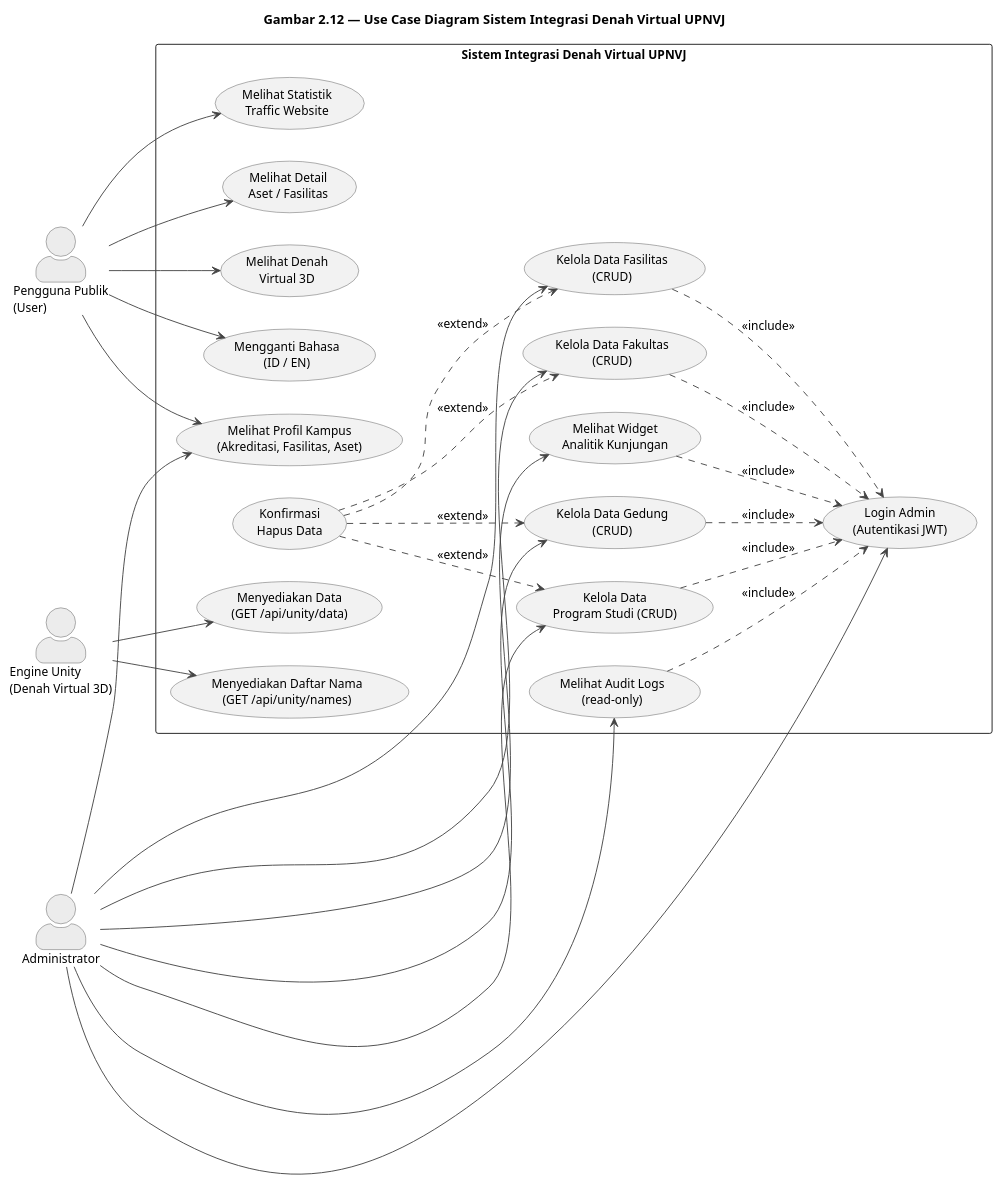
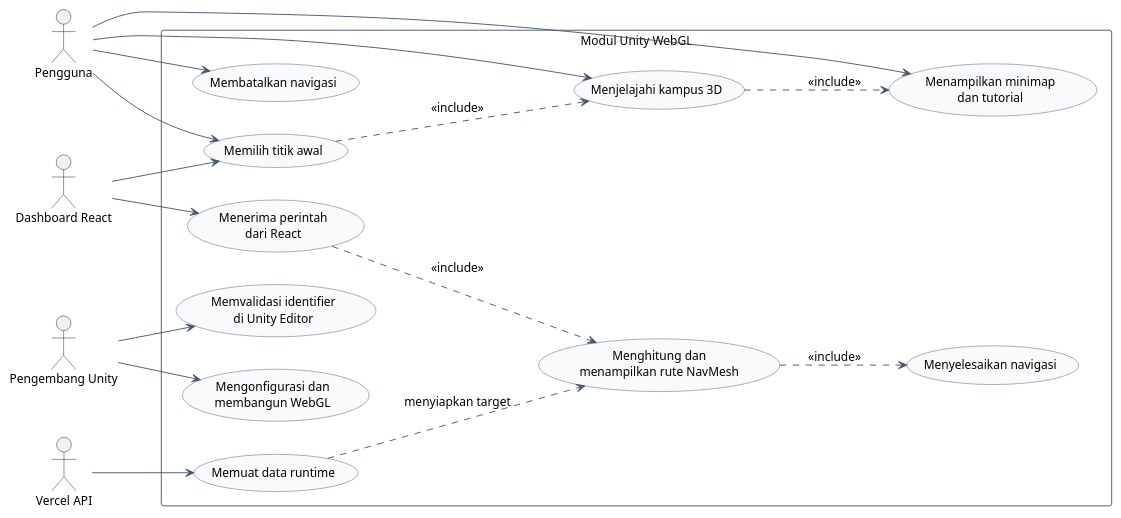
Before and after one commit to Jokskuyy/workflow-ta-proyek: the diagram in diagrams/gambar-2.12-use-case-diagram.puml, drawn with PlantUML. The commit also changed 76 other files, not shown here.

Commit message:
feat(report): finalisasi UML dan tipografi laporan Faiz

```diff
--- a/diagrams/gambar-2.12-use-case-diagram.puml
+++ b/diagrams/gambar-2.12-use-case-diagram.puml
@@ -1,88 +1,56 @@
-@startuml gambar-2-12-use-case-diagram
-' Gambar 2.12 - Use Case Diagram
-' Sumber: BAB II - 2.2.1 Kebutuhan Fungsional & 2.3.3 Use Case
-
-skinparam backgroundColor #FFFFFF
+@startuml
+skinparam defaultFontName "Times New Roman"
+skinparam defaultFontSize 13
 skinparam shadowing false
-skinparam defaultFontName "Segoe UI"
-skinparam defaultFontSize 13
-skinparam ArrowColor #444444
-skinparam actorStyle awesome
+skinparam ArrowColor #475569
+skinparam actor {
+  FontName "Times New Roman"
+  FontStyle plain
+}
 skinparam usecase {
-  BackgroundColor #F2F2F2
-  BorderColor #555555
-  ArrowColor #444444
+  FontName "Times New Roman"
+  FontStyle plain
+  BackgroundColor #F8FAFC
+  BorderColor #475569
 }
-skinparam actor {
-  BackgroundColor #ECECEC
-  BorderColor #555555
+skinparam rectangle {
+  FontName "Times New Roman"
+  FontStyle plain
+  BackgroundColor #FFFFFF
+  BorderColor #475569
 }
 
-title Gambar 2.12 — Use Case Diagram Sistem Integrasi Denah Virtual UPNVJ
+left to right direction
+actor "Pengguna" as user
+actor "Dashboard React" as react
+actor "Pengembang Unity" as developer
+actor "Vercel API" as api
 
-left to right direction
-
-actor "Pengguna Publik\n(User)" as User
-actor "Administrator" as Admin
-actor "Engine Unity\n(Denah Virtual 3D)" as Unity
-
-rectangle "Sistem Integrasi Denah Virtual UPNVJ" {
-
-  ' ----- Use case Pengguna Publik (read-only) -----
-  usecase "Melihat Statistik\nTraffic Website" as UC1
-  usecase "Melihat Profil Kampus\n(Akreditasi, Fasilitas, Aset)" as UC2
-  usecase "Melihat Detail\nAset / Fasilitas" as UC3
-  usecase "Melihat Denah\nVirtual 3D" as UC4
-  usecase "Mengganti Bahasa\n(ID / EN)" as UC5
-
-  ' ----- Use case Administrator -----
-  usecase "Login Admin\n(Autentikasi JWT)" as UC6
-  usecase "Melihat Widget\nAnalitik Kunjungan" as UC7
-  usecase "Kelola Data Gedung\n(CRUD)" as UC8
-  usecase "Kelola Data Fasilitas\n(CRUD)" as UC9
-  usecase "Kelola Data Fakultas\n(CRUD)" as UC10
-  usecase "Kelola Data\nProgram Studi (CRUD)" as UC11
-  usecase "Konfirmasi\nHapus Data" as UC12
-  usecase "Melihat Audit Logs\n(read-only)" as UC13
-
-  ' ----- Use case Integrasi API (3D Engine) -----
-  usecase "Menyediakan Data\n(GET /api/unity/data)" as UC14
-  usecase "Menyediakan Daftar Nama\n(GET /api/unity/names)" as UC15
+rectangle "Modul Unity WebGL" {
+  usecase "Memuat data runtime" as UC1
+  usecase "Menerima perintah\ndari React" as UC2
+  usecase "Memilih titik awal" as UC3
+  usecase "Menjelajahi kampus 3D" as UC4
+  usecase "Menghitung dan\nmenampilkan rute NavMesh" as UC5
+  usecase "Menampilkan minimap\ndan tutorial" as UC6
+  usecase "Menyelesaikan navigasi" as UC7
+  usecase "Membatalkan navigasi" as UC8
+  usecase "Memvalidasi identifier\ndi Unity Editor" as UC9
+  usecase "Mengonfigurasi dan\nmembangun WebGL" as UC10
 }
 
-' Asosiasi Pengguna Publik
-User --> UC1
-User --> UC2
-User --> UC3
-User --> UC4
-User --> UC5
-
-' Asosiasi Administrator
-Admin --> UC6
-Admin --> UC7
-Admin --> UC8
-Admin --> UC9
-Admin --> UC10
-Admin --> UC11
-Admin --> UC13
-
-' Admin juga dapat mengakses fungsi publik
-Admin --> UC2
-
-' Relasi include / extend
-UC7 ..> UC6 : <<include>>
-UC8 ..> UC6 : <<include>>
-UC9 ..> UC6 : <<include>>
-UC10 ..> UC6 : <<include>>
-UC11 ..> UC6 : <<include>>
-UC13 ..> UC6 : <<include>>
-UC12 ..> UC8 : <<extend>>
-UC12 ..> UC9 : <<extend>>
-UC12 ..> UC10 : <<extend>>
-UC12 ..> UC11 : <<extend>>
-
-' Asosiasi Engine Unity (sistem-ke-sistem)
-Unity --> UC14
-Unity --> UC15
-
+user --> UC3
+user --> UC4
+user --> UC6
+user --> UC8
+react --> UC2
+react --> UC3
+api --> UC1
+developer --> UC9
+developer --> UC10
+UC2 ..> UC5 : <<include>>
+UC5 ..> UC7 : <<include>>
+UC1 ..> UC5 : menyiapkan target
+UC3 ..> UC4 : <<include>>
+UC4 ..> UC6 : <<include>>
 @enduml
```
